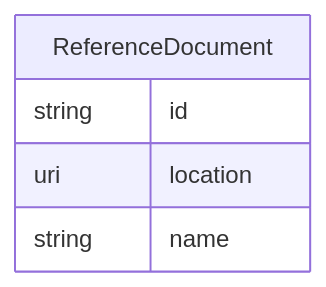
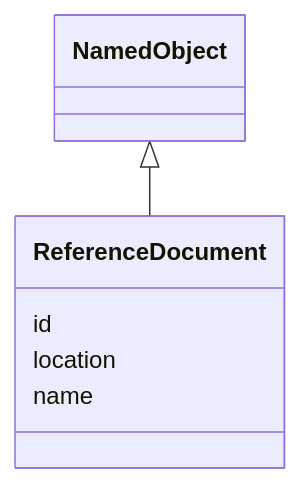
One commit to cdisc-org/analysis-results-standard changed the diagram in project/docs/ReferenceDocument.md. Above: the diagram before and after it, drawn with Mermaid. The commit also changed 256 other files, not shown here.

Commit message:
Documentation diagrams

````diff
--- a/project/docs/ReferenceDocument.md
+++ b/project/docs/ReferenceDocument.md
@@ -13,11 +15,13 @@
 ```mermaid
-erDiagram
-ReferenceDocument {
-    string id  
-    uri location  
-    string name  
-}
-
-
-
+ classDiagram
+    class ReferenceDocument
+      NamedObject <|-- ReferenceDocument
+      
+      ReferenceDocument : id
+        
+      ReferenceDocument : location
+        
+      ReferenceDocument : name
+        
+      
 ```
````
